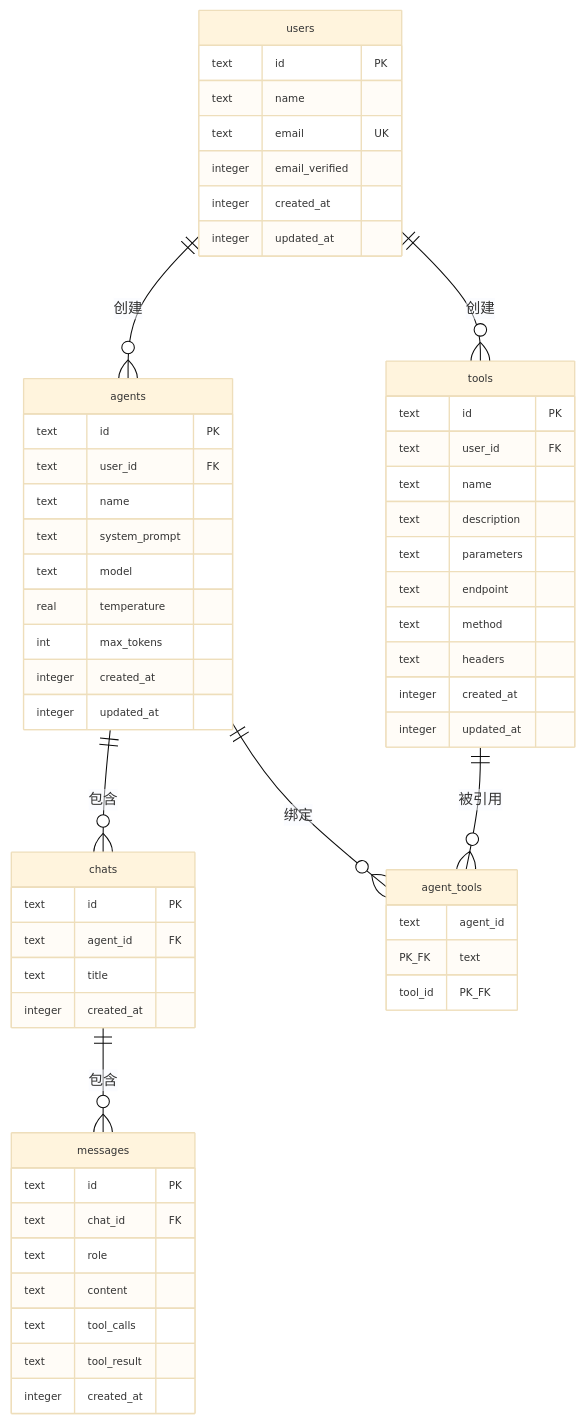
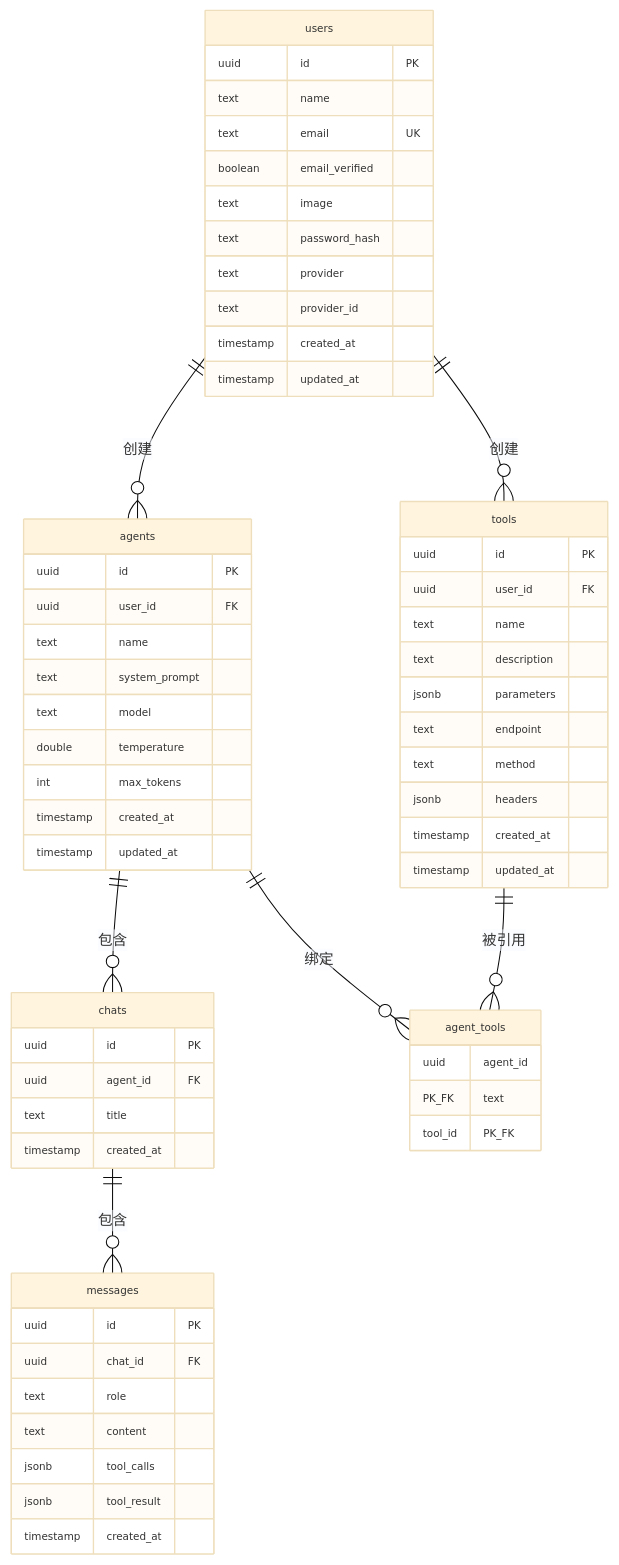
The third of 7 diagrams in docs/architecture.md (xCreat0r/simple-ai-agent-plateform), drawn with Mermaid before and after one commit. The commit also changed other lines of this file and 1 other file, not shown here.

````diff
--- a/docs/architecture.md
+++ b/docs/architecture.md
@@ -145,66 +156,70 @@
 ```mermaid
 %%{init: {'theme': 'base', 'themeVariables': {'fontSize': '10px'}}}%%
 erDiagram
     users {
-        text id PK
+        uuid id PK
         text name
         text email UK
-        integer email_verified
-        integer created_at
-        integer updated_at
+        boolean email_verified
+        text image
+        text password_hash
+        text provider
+        text provider_id
+        timestamp created_at
+        timestamp updated_at
     }
 
     agents {
-        text id PK
-        text user_id FK
+        uuid id PK
+        uuid user_id FK
         text name
         text system_prompt
         text model
-        real temperature
+        double temperature
         int max_tokens
-        integer created_at
-        integer updated_at
+        timestamp created_at
+        timestamp updated_at
     }
 
     agent_tools {
-        text agent_id PK_FK
+        uuid agent_id PK_FK
         text tool_id PK_FK
     }
 
     chats {
-        text id PK
-        text agent_id FK
+        uuid id PK
+        uuid agent_id FK
         text title
-        integer created_at
+        timestamp created_at
     }
 
     messages {
-        text id PK
-        text chat_id FK
+        uuid id PK
+        uuid chat_id FK
         text role
         text content
-        text tool_calls
-        text tool_result
-        integer created_at
+        jsonb tool_calls
+        jsonb tool_result
+        timestamp created_at
     }
 
     tools {
-        text id PK
-        text user_id FK
+        uuid id PK
+        uuid user_id FK
         text name
         text description
-        text parameters
+        jsonb parameters
         text endpoint
         text method
-        text headers
-        integer created_at
-        integer updated_at
+        jsonb headers
+        timestamp created_at
+        timestamp updated_at
     }
 
     users ||--o{ agents : "创建"
     users ||--o{ tools : "创建"
     agents ||--o{ chats : "包含"
     agents ||--o{ agent_tools : "绑定"
     tools ||--o{ agent_tools : "被引用"
     chats ||--o{ messages : "包含"
 ```
````
